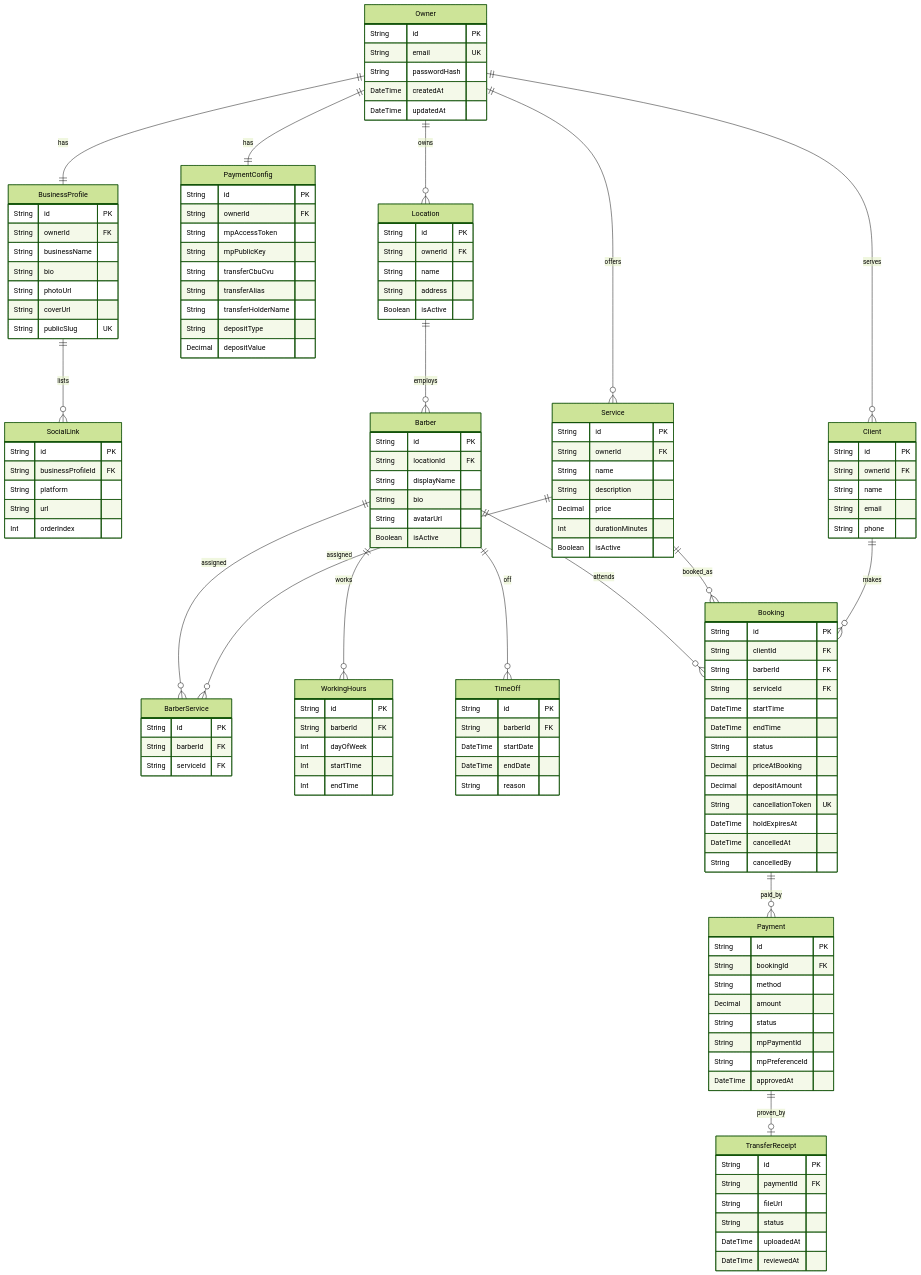
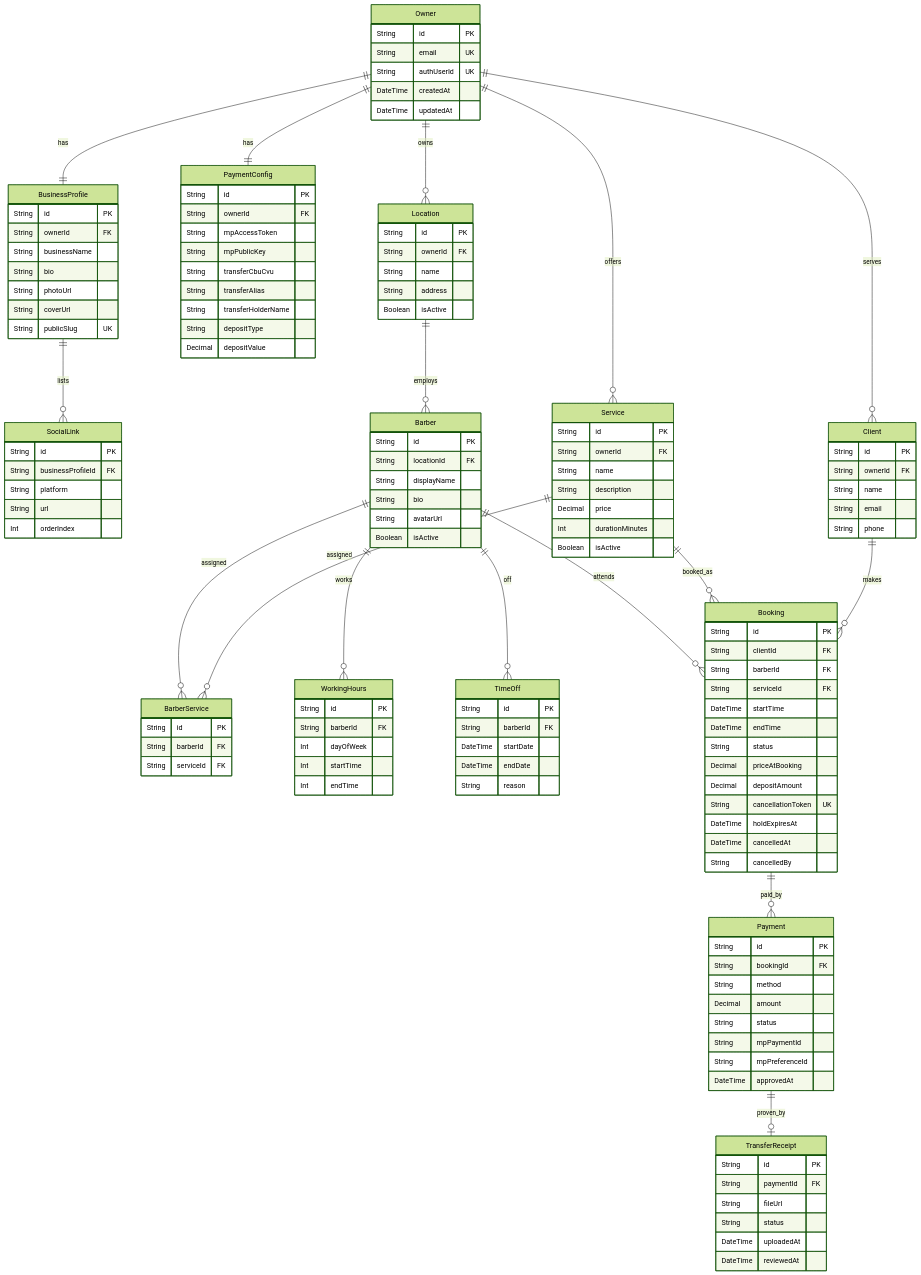
The diagram in reserva-barber/docs/data-model.md (fg-francogaleano/reserve-barber), drawn with Mermaid (forest theme) before and after one commit. The commit also changed other lines of this file and 76 other files, not shown here.

```diff
--- a/reserva-barber/docs/data-model.md
+++ b/reserva-barber/docs/data-model.md
@@ -361,7 +364,7 @@
     Owner {
         String id PK
         String email UK
-        String passwordHash
+        String authUserId UK
         DateTime createdAt
         DateTime updatedAt
     }
```
